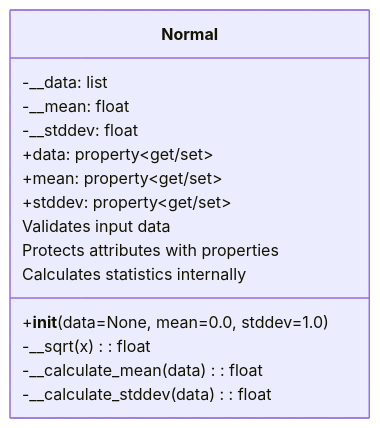
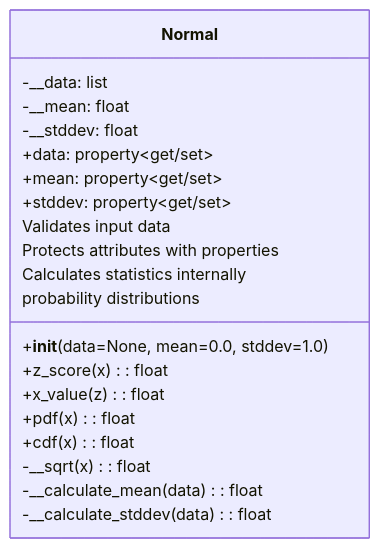
The diagram in math/probability/README.md (Sab-ra/dlh-machine_learning), drawn with Mermaid before and after one commit. The commit also changed other lines of this file and 1 other file, not shown here.

Commit message:
prepare Binomial

````diff
--- a/math/probability/README.md
+++ b/math/probability/README.md
@@ -7,22 +7,28 @@
 ```mermaid
 classDiagram
     class Normal {
         -__data: list
         -__mean: float
         -__stddev: float
         
         +__init__(data=None, mean=0.0, stddev=1.0)
+
+        +z_score(x): float
+        +x_value(z): float
+        +pdf(x): float
+        +cdf(x): float
         
         +data: property~get/set~
         +mean: property~get/set~
         +stddev: property~get/set~
         
         -__sqrt(x): float
         -__calculate_mean(data): float
         -__calculate_stddev(data): float
     }
     
     Normal : Validates input data
     Normal : Protects attributes with properties
     Normal : Calculates statistics internally
+    Normal : probability distributions
 ```
````
